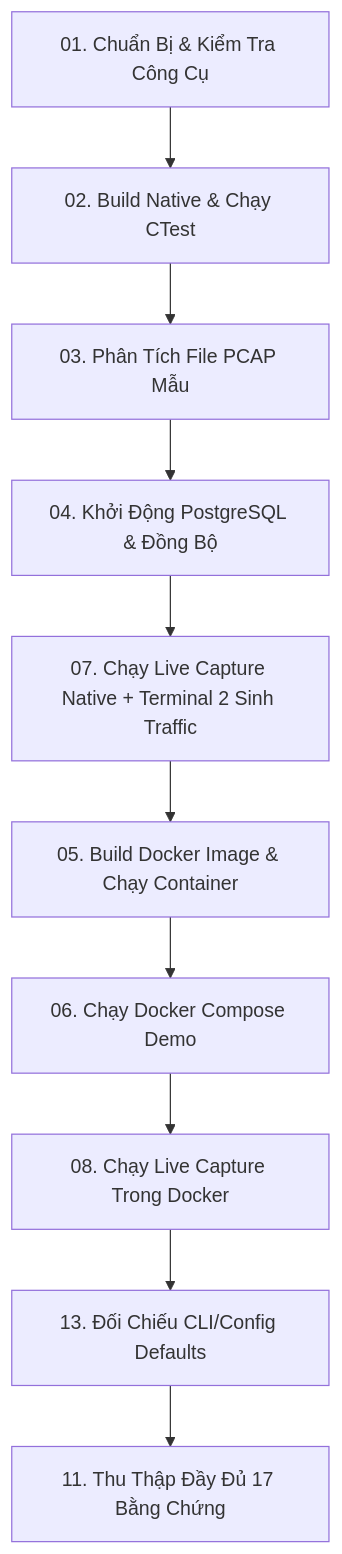
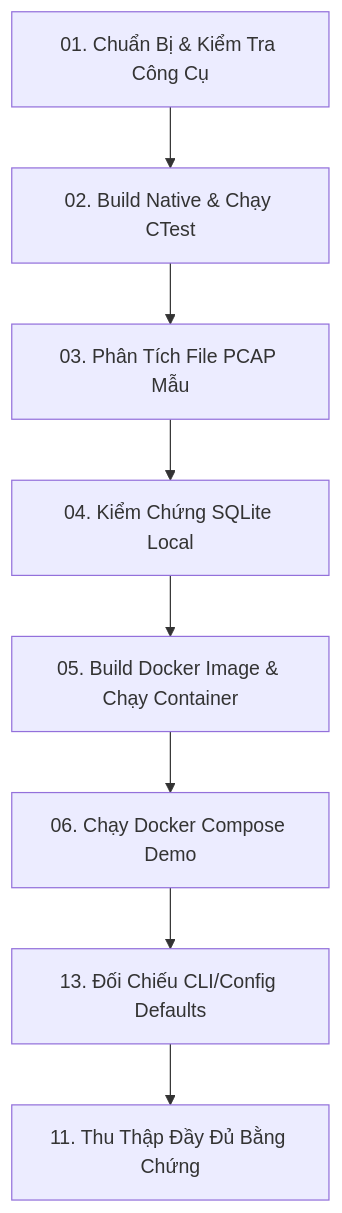
Before and after one commit to nhani05/passive-network-asset-discovery-system: the diagram in docs/build-deploy-demo-guide.md, drawn with Mermaid. The commit also changed other lines of this file and 26 other files, not shown here.

Commit message:
docs(demo): update guides for pcap sqlite flow

````diff
--- a/docs/build-deploy-demo-guide.md
+++ b/docs/build-deploy-demo-guide.md
@@ -33,12 +31,10 @@
 ```mermaid
 graph TD
     A[01. Chuẩn Bị & Kiểm Tra Công Cụ] --> B[02. Build Native & Chạy CTest]
     B --> C[03. Phân Tích File PCAP Mẫu]
-    C --> D[04. Khởi Động PostgreSQL & Đồng Bộ]
-    D --> E[07. Chạy Live Capture Native + Terminal 2 Sinh Traffic]
-    E --> F[05. Build Docker Image & Chạy Container]
-    F --> G[06. Chạy Docker Compose Demo]
-    G --> H[08. Chạy Live Capture Trong Docker]
-    H --> I[13. Đối Chiếu CLI/Config Defaults]
-    I --> J[11. Thu Thập Đầy Đủ 17 Bằng Chứng]
+    C --> D[04. Kiểm Chứng SQLite Local]
+    D --> E[05. Build Docker Image & Chạy Container]
+    E --> F[06. Chạy Docker Compose Demo]
+    F --> G[13. Đối Chiếu CLI/Config Defaults]
+    G --> H[11. Thu Thập Đầy Đủ Bằng Chứng]
 ```
````
